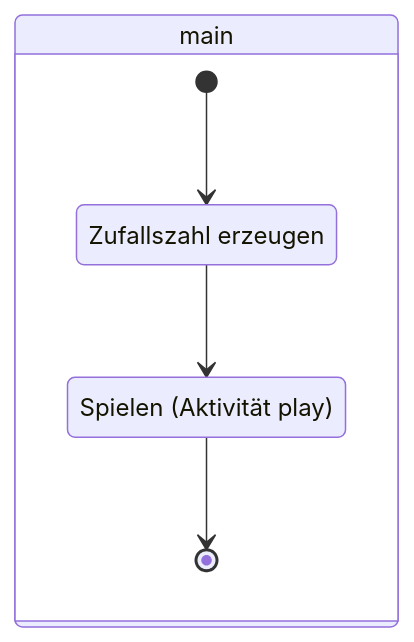
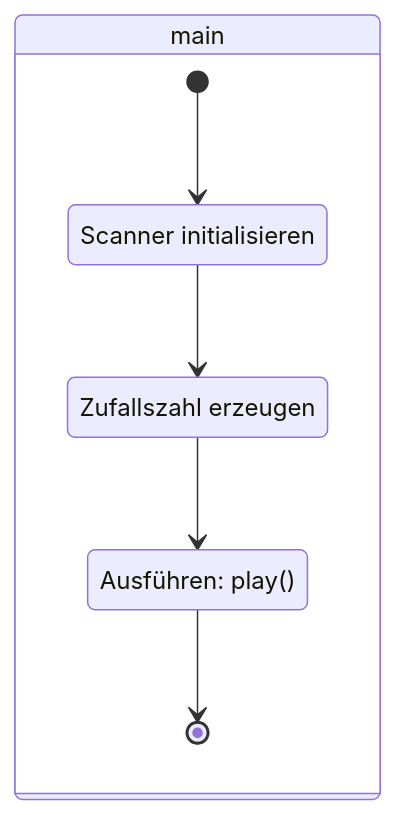
Before and after one commit to jappuccini/java-docs: the second of 4 diagrams in docs/exercises/uml/activity-diagrams01.md, drawn with Mermaid. The commit also changed other lines of this file, not shown here.

````diff
--- a/docs/exercises/uml/activity-diagrams01.md
+++ b/docs/exercises/uml/activity-diagrams01.md
@@ -23,11 +23,13 @@
 ```mermaid
 stateDiagram-v2
-    state "Zufallszahl erzeugen" as state1
-    state "Spielen (Aktivität play)" as state2
+    state "Scanner initialisieren" as state1
+    state "Zufallszahl erzeugen" as state2
+    state "Ausführen: play()" as state3
 
     state main {
         [*] --> state1
         state1 --> state2
-        state2 --> [*]
+        state2 --> state3
+        state3 --> [*]
     }
 ```
````
